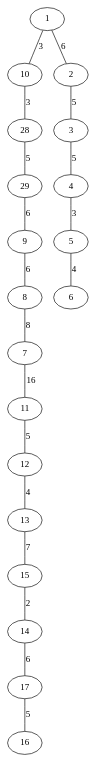
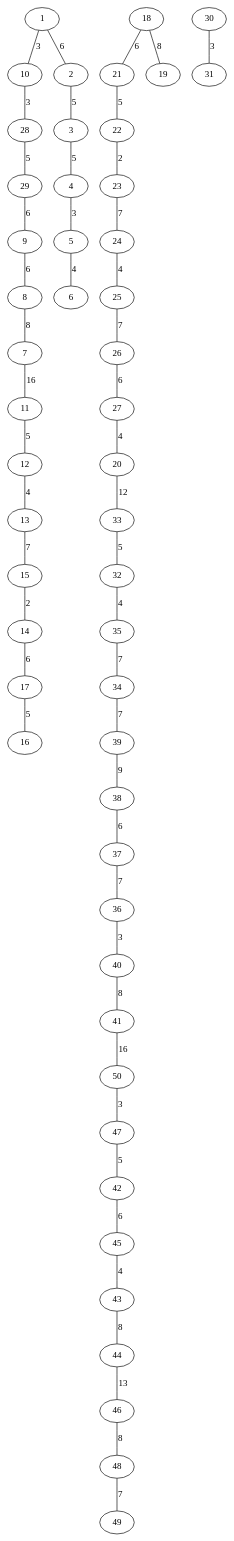
The diagram in prova/fig/P22_GRF_dcmst_prim_2.dot (TiagoJustino/graph_mst), drawn with Graphviz before and after one commit. The commit also changed 6 other files, not shown here.

```diff
--- a/prova/fig/P22_GRF_dcmst_prim_2.dot
+++ b/prova/fig/P22_GRF_dcmst_prim_2.dot
@@ -1,20 +1,49 @@
 graph {
 "1" -- "10" [label="3"]
 "10" -- "28" [label="3"]
 "28" -- "29" [label="5"]
 "1" -- "2" [label="6"]
 "2" -- "3" [label="5"]
 "3" -- "4" [label="5"]
 "4" -- "5" [label="3"]
 "5" -- "6" [label="4"]
 "29" -- "9" [label="6"]
 "9" -- "8" [label="6"]
 "8" -- "7" [label="8"]
 "7" -- "11" [label="16"]
 "11" -- "12" [label="5"]
 "12" -- "13" [label="4"]
 "13" -- "15" [label="7"]
 "15" -- "14" [label="2"]
 "14" -- "17" [label="6"]
 "17" -- "16" [label="5"]
+"18" -- "21" [label="6"]
+"21" -- "22" [label="5"]
+"22" -- "23" [label="2"]
+"23" -- "24" [label="7"]
+"24" -- "25" [label="4"]
+"25" -- "26" [label="7"]
+"26" -- "27" [label="6"]
+"27" -- "20" [label="4"]
+"18" -- "19" [label="8"]
+"20" -- "33" [label="12"]
+"33" -- "32" [label="5"]
+"32" -- "35" [label="4"]
+"35" -- "34" [label="7"]
+"34" -- "39" [label="7"]
+"39" -- "38" [label="9"]
+"38" -- "37" [label="6"]
+"37" -- "36" [label="7"]
+"36" -- "40" [label="3"]
+"40" -- "41" [label="8"]
+"41" -- "50" [label="16"]
+"50" -- "47" [label="3"]
+"47" -- "42" [label="5"]
+"42" -- "45" [label="6"]
+"45" -- "43" [label="4"]
+"43" -- "44" [label="8"]
+"44" -- "46" [label="13"]
+"46" -- "48" [label="8"]
+"48" -- "49" [label="7"]
+"30" -- "31" [label="3"]
 }
```
